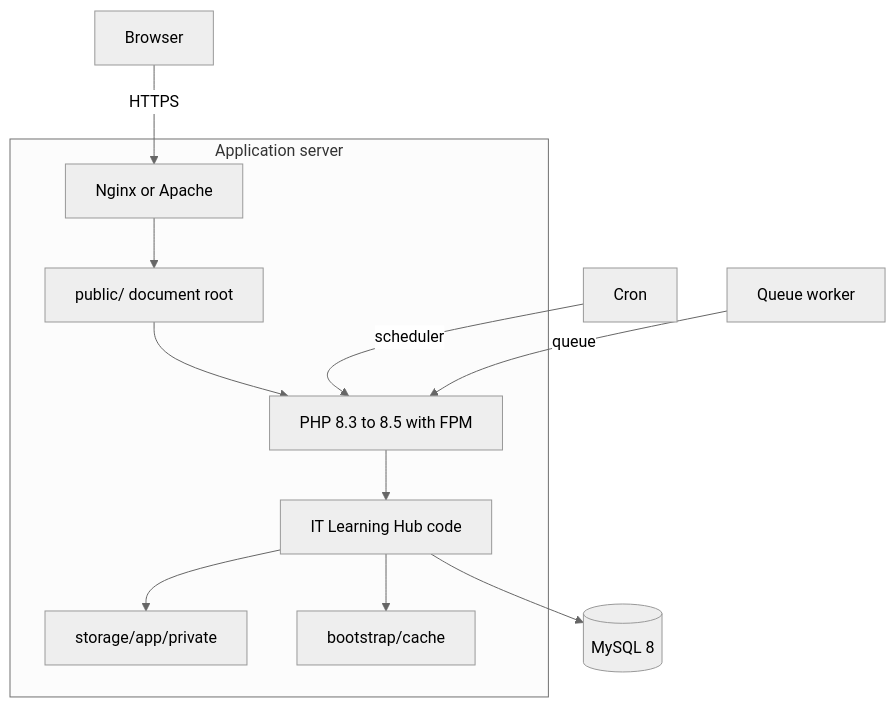
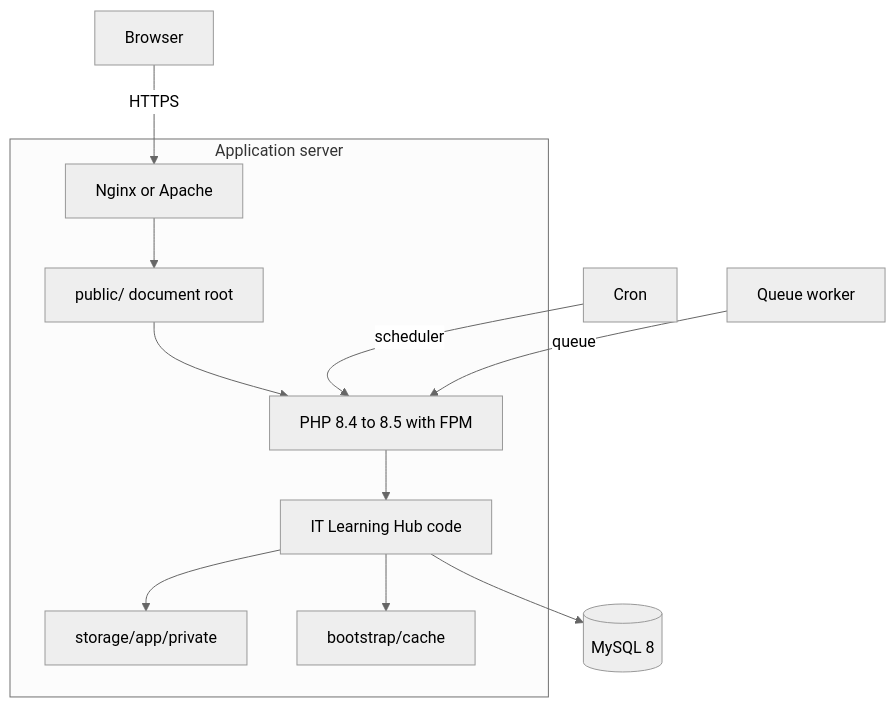
One commit to SNooZeJay/lms-project changed the second of 7 diagrams in docs/defense.md. Above: the diagram before and after it, drawn with Mermaid (neutral theme). The commit also changed 13 other files, not shown here.

````diff
--- a/docs/defense.md
+++ b/docs/defense.md
@@ -63,27 +63,27 @@
 ```mermaid
 flowchart TB
     Browser[Browser]
 
     subgraph Server["Application server"]
         Nginx[Nginx or Apache]
-        PHP["PHP 8.3 to 8.5 with FPM"]
+        PHP["PHP 8.4 to 8.5 with FPM"]
         App[IT Learning Hub code]
         Public[public/ document root]
         Private["storage/app/private"]
         Bootstrap[bootstrap/cache]
     end
 
     DB[(MySQL 8)]
     Cron[Cron]
     Worker[Queue worker]
 
     Browser -->|HTTPS| Nginx
     Nginx --> Public
     Public --> PHP
     PHP --> App
     App --> DB
     App --> Private
     App --> Bootstrap
     Cron -->|scheduler| PHP
     Worker -->|queue| PHP
 ```
````
